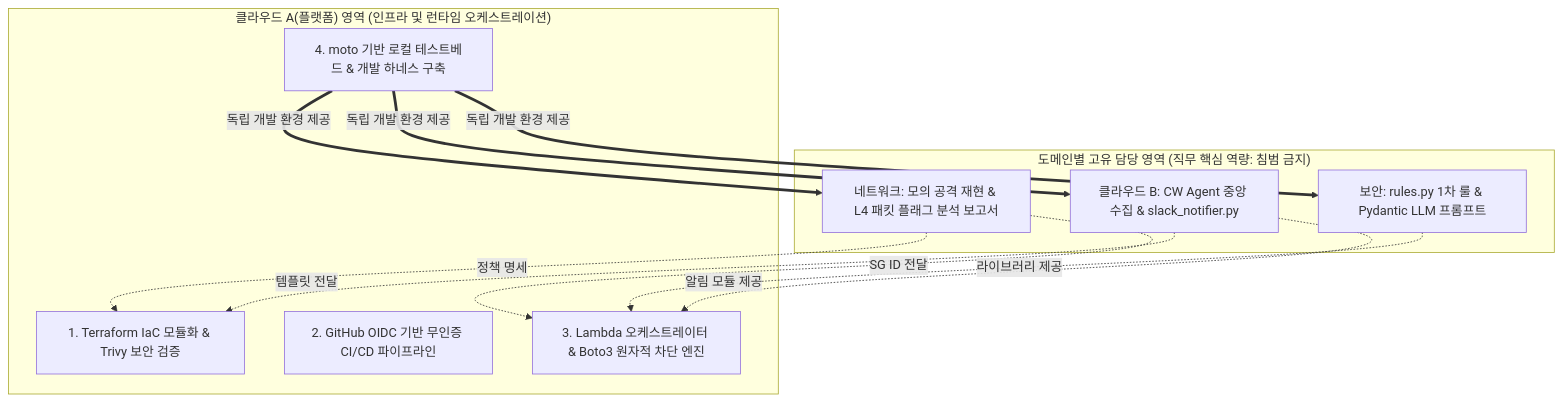
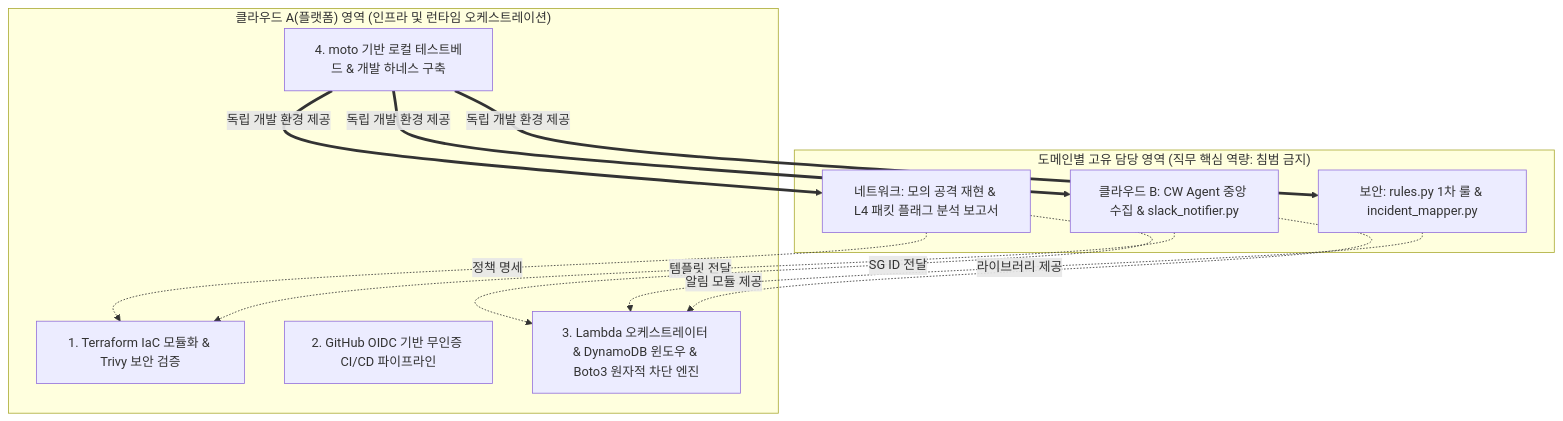
One commit to mmmphyun/aleph-project changed the diagram in docs/project-memory.md. Above: the diagram before and after it, drawn with Mermaid. The commit also changed other lines of this file and 7 other files, not shown here.

````diff
--- a/docs/project-memory.md
+++ b/docs/project-memory.md
@@ -22,25 +22,25 @@
 ```mermaid
 flowchart TD
     subgraph S1 ["도메인별 고유 담당 영역 (직무 핵심 역량: 침범 금지)"]
         NET["네트워크: 모의 공격 재현 & L4 패킷 플래그 분석 보고서"]
-        SEC["보안: rules.py 1차 룰 & Pydantic LLM 프롬프트"]
+        SEC["보안: rules.py 1차 룰 & incident_mapper.py"]
         CLB["클라우드 B: CW Agent 중앙 수집 & slack_notifier.py"]
     end
 
     subgraph S2 ["클라우드 A(플랫폼) 영역 (인프라 및 런타임 오케스트레이션)"]
         TF["1. Terraform IaC 모듈화 & Trivy 보안 검증"]
         CICD["2. GitHub OIDC 기반 무인증 CI/CD 파이프라인"]
-        ORCH["3. Lambda 오케스트레이터 & Boto3 원자적 차단 엔진"]
+        ORCH["3. Lambda 오케스트레이터 & DynamoDB 윈도우 & Boto3 원자적 차단 엔진"]
         HARNESS["4. moto 기반 로컬 테스트베드 & 개발 하네스 구축"]
     end
 
     NET -.->|정책 명세| TF
     NET -.->|SG ID 전달| ORCH
     SEC -.->|라이브러리 제공| ORCH
     CLB -.->|템플릿 전달| TF
     CLB -.->|알림 모듈 제공| ORCH
 
     HARNESS ==>|독립 개발 환경 제공| NET
     HARNESS ==>|독립 개발 환경 제공| SEC
     HARNESS ==>|독립 개발 환경 제공| CLB
 ```
````
